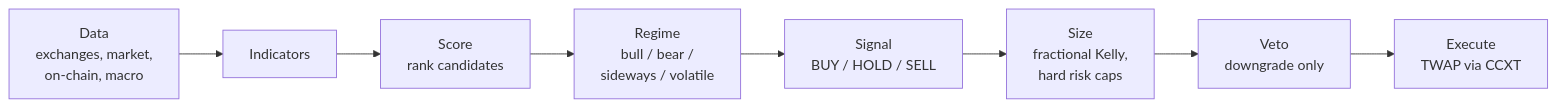
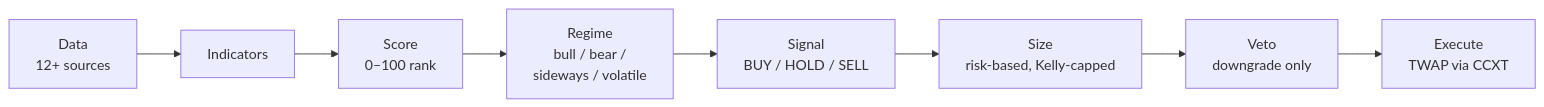
The diagram in README.md (PatrickGolden/Elite-Swing-Trader-Public), drawn with Mermaid before and after one commit. The commit also changed other lines of this file, not shown here.

````diff
--- a/README.md
+++ b/README.md
@@ -21,10 +61,10 @@
 ```mermaid
 flowchart LR
-    D[Data<br/>exchanges, market,<br/>on-chain, macro] --> I[Indicators]
-    I --> S[Score<br/>rank candidates]
+    D[Data<br/>12+ sources] --> I[Indicators]
+    I --> S[Score<br/>0–100 rank]
     S --> R[Regime<br/>bull / bear /<br/>sideways / volatile]
     R --> G[Signal<br/>BUY / HOLD / SELL]
-    G --> Z[Size<br/>fractional Kelly,<br/>hard risk caps]
+    G --> Z[Size<br/>risk-based, Kelly-capped]
     Z --> V[Veto<br/>downgrade only]
     V --> E[Execute<br/>TWAP via CCXT]
 ```
````
